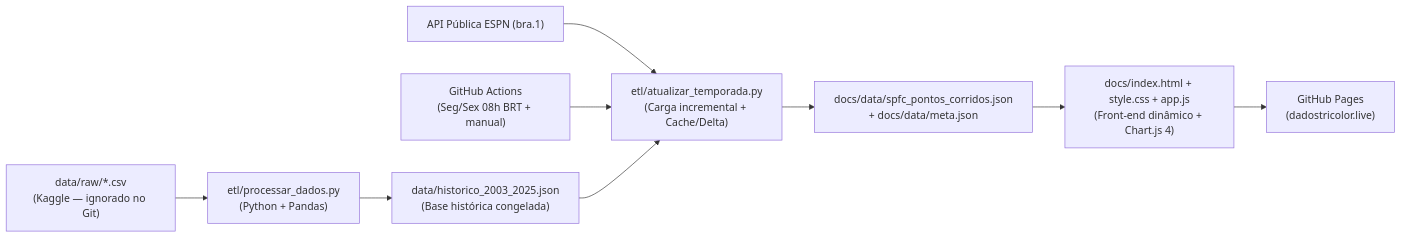
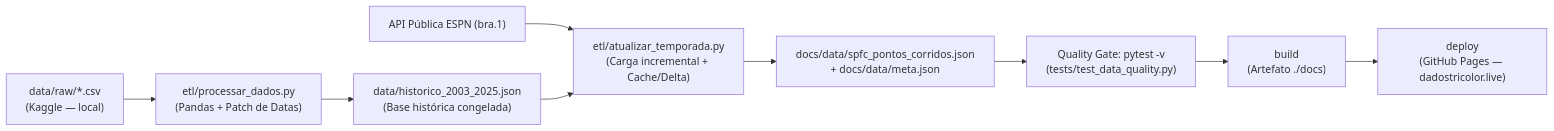
The diagram in README.md (YuriAlvvvss/SPFC-Analytics), drawn with Mermaid before and after one commit. The commit also changed other lines of this file, not shown here.

````diff
--- a/README.md
+++ b/README.md
@@ -76,11 +113,11 @@
 ```mermaid
 flowchart LR
-    A["data/raw/*.csv\n(Kaggle — ignorado no Git)"] --> B["etl/processar_dados.py\n(Python + Pandas)"]
+    A["data/raw/*.csv\n(Kaggle — local)"] --> B["etl/processar_dados.py\n(Pandas + Patch de Datas)"]
     B --> C["data/historico_2003_2025.json\n(Base histórica congelada)"]
-    D["API Pública ESPN (bra.1)"] --> F["etl/atualizar_temporada.py\n(Carga incremental + Cache/Delta)"]
-    E["GitHub Actions\n(Seg/Sex 08h BRT + manual)"] --> F
-    C --> F
-    F --> G["docs/data/spfc_pontos_corridos.json\n+ docs/data/meta.json"]
-    G --> H["docs/index.html + style.css + app.js\n(Front-end dinâmico + Chart.js 4)"]
-    H --> I["GitHub Pages\n(dadostricolor.live)"]
+    D["API Pública ESPN (bra.1)"] --> E["etl/atualizar_temporada.py\n(Carga incremental + Cache/Delta)"]
+    C --> E
+    E --> F["docs/data/spfc_pontos_corridos.json\n+ docs/data/meta.json"]
+    F --> G["Quality Gate: pytest -v\n(tests/test_data_quality.py)"]
+    G --> H["build\n(Artefato ./docs)"]
+    H --> I["deploy\n(GitHub Pages — dadostricolor.live)"]
 ```
````
